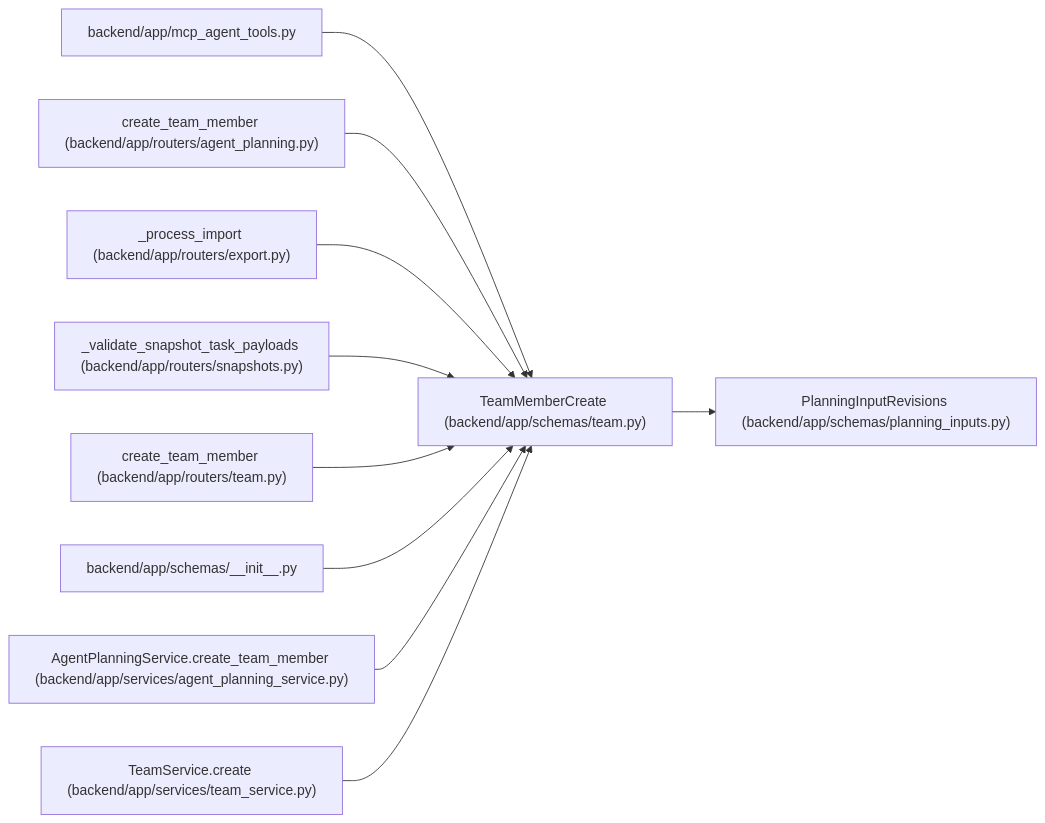
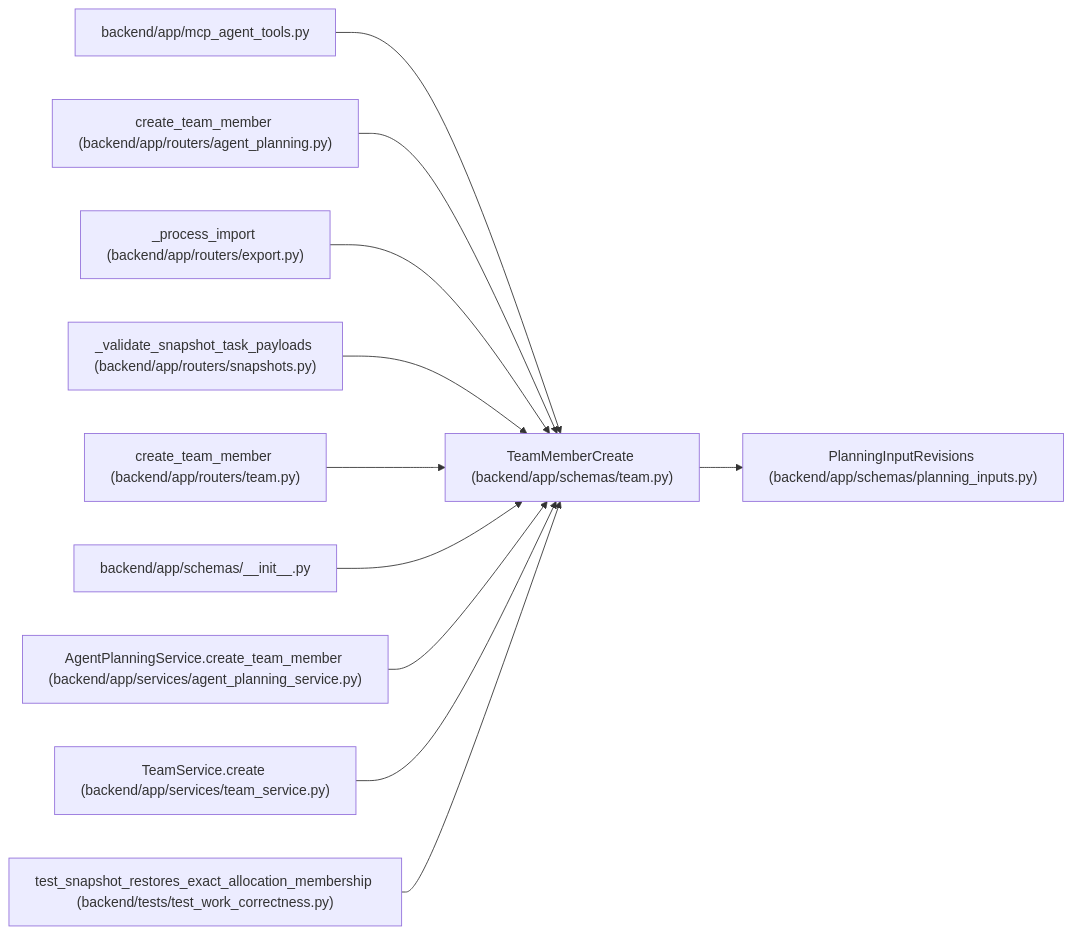
Before and after one commit to Denissvgn/WorkChord: the diagram in docs/llm_wiki/entities/schemas_team_TeamMemberCreate.md, drawn with Mermaid. The commit also changed other lines of this file and 317 other files, not shown here.

````diff
--- a/docs/llm_wiki/entities/schemas_team_TeamMemberCreate.md
+++ b/docs/llm_wiki/entities/schemas_team_TeamMemberCreate.md
@@ -31,32 +31,35 @@
 ```mermaid
 flowchart LR
     n0["TeamMemberCreate (backend/app/schemas/team.py)"]
     n1["PlanningInputRevisions (backend/app/schemas/planning_inputs.py)"]
     n2["backend/app/mcp_agent_tools.py"]
     n3["create_team_member (backend/app/routers/agent_planning.py)"]
     n4["_process_import (backend/app/routers/export.py)"]
     n5["_validate_snapshot_task_payloads (backend/app/routers/snapshots.py)"]
     n6["create_team_member (backend/app/routers/team.py)"]
     n7["backend/app/schemas/__init__.py"]
     n8["AgentPlanningService.create_team_member (backend/app/services/agent_planning_service.py)"]
     n9["TeamService.create (backend/app/services/team_service.py)"]
+    n10["test_snapshot_restores_exact_allocation_membership (backend/tests/test_work_correctness.py)"]
     n0 --> n1
     n2 --> n0
     n3 --> n0
     n4 --> n0
     n5 --> n0
     n6 --> n0
     n7 --> n0
     n8 --> n0
     n9 --> n0
+    n10 --> n0
     click n0 "../modules/schemas_team.md"
     click n1 "../modules/planning_inputs.md"
     click n2 "../modules/mcp_agent_tools.md"
     click n3 "../modules/routers_agent_planning.md"
     click n4 "../modules/export.md"
     click n5 "../modules/snapshots.md"
     click n6 "../modules/routers_team.md"
     click n7 "../modules/schemas___init__.md"
     click n8 "../modules/agent_planning_service.md"
     click n9 "../modules/team_service.md"
+    click n10 "../modules/test_work_correctness.md"
 ```
````
